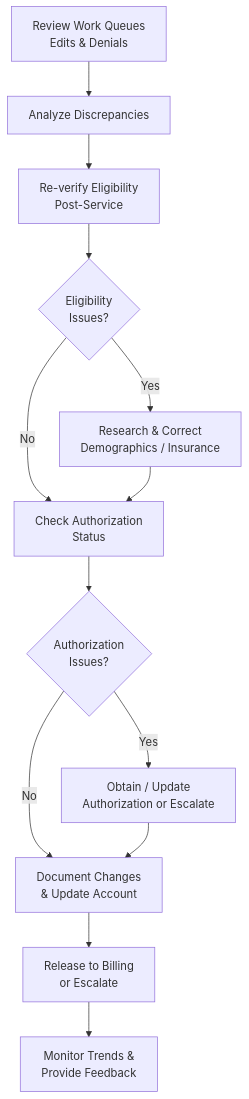
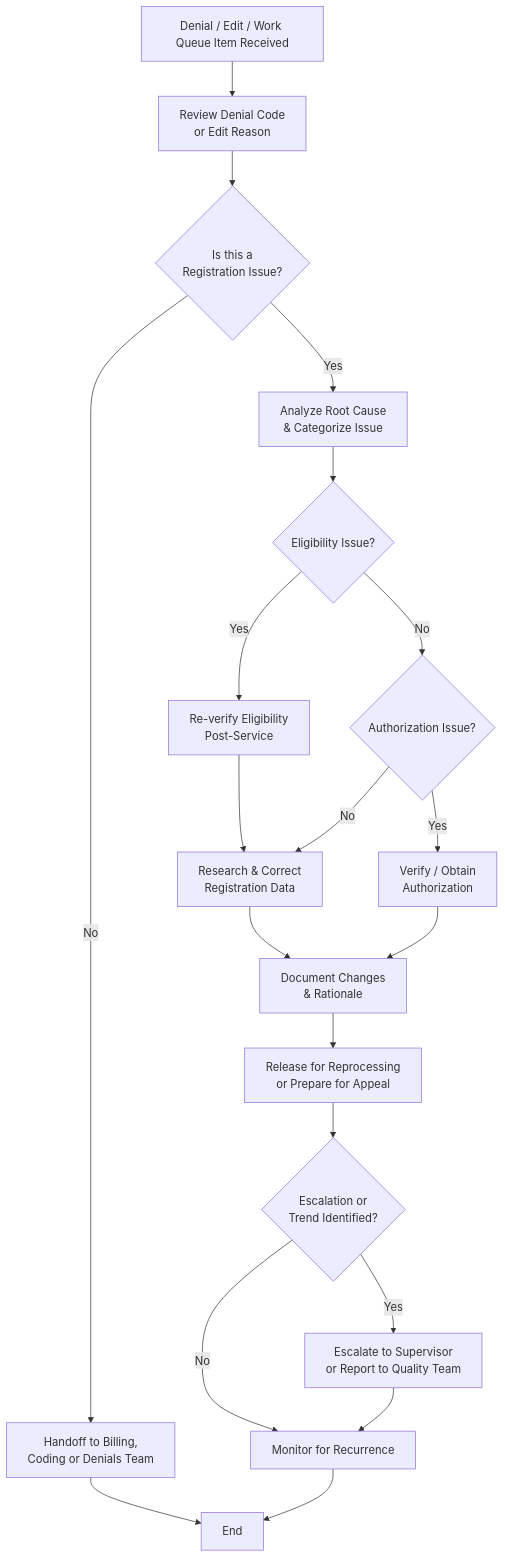
One commit to shainemeister/revenue-cycle-sop-and-workflow-framework changed the diagram in workflows/registration-workflow.md. Above: the diagram before and after it, drawn with Mermaid. The commit also changed other lines of this file, not shown here.

Commit message:
Update registration-workflow.md v1.2 - Refined Visual Process Flow to be more dynamic and realistic for A/R denial scenarios. Added triage decision point, root cause branches (eligibility vs authorization), escalation/trend loop, and updated overview/notes.

````diff
--- a/workflows/registration-workflow.md
+++ b/workflows/registration-workflow.md
@@ -18,15 +18,22 @@
 ```mermaid
 flowchart TD
-    A[Review Work Queues<br/>Edits & Denials] --> B[Analyze Discrepancies]
-    B --> C[Re-verify Eligibility<br/>Post-Service]
-    C --> D{Eligibility<br/>Issues?}
-    D -->|Yes| E[Research & Correct<br/>Demographics / Insurance]
-    D -->|No| F[Check Authorization<br/>Status]
-    E --> F
-    F --> G{Authorization<br/>Issues?}
-    G -->|Yes| H[Obtain / Update<br/>Authorization or Escalate]
-    G -->|No| I[Document Changes<br/>& Update Account]
-    H --> I
-    I --> J[Release to Billing<br/>or Escalate]
-    J --> K[Monitor Trends &<br/>Provide Feedback]
+    A[Denial / Edit / Work Queue Item Received] --> B[Review Denial Code<br/>or Edit Reason]
+    B --> C{Is this a<br/>Registration Issue?}
+    C -->|No| D[Handoff to Billing,<br/>Coding or Denials Team]
+    C -->|Yes| E[Analyze Root Cause<br/>& Categorize Issue]
+    E --> F{Eligibility Issue?}
+    F -->|Yes| G[Re-verify Eligibility<br/>Post-Service]
+    F -->|No| H{Authorization Issue?}
+    G --> I[Research & Correct<br/>Registration Data]
+    H -->|Yes| J[Verify / Obtain<br/>Authorization]
+    H -->|No| I
+    I --> K[Document Changes<br/>& Rationale]
+    J --> K
+    K --> L[Release for Reprocessing<br/>or Prepare for Appeal]
+    L --> M{Escalation or<br/>Trend Identified?}
+    M -->|Yes| N[Escalate to Supervisor<br/>or Report to Quality Team]
+    M -->|No| O[Monitor for Recurrence]
+    N --> O
+    D --> P[End]
+    O --> P
 ```
````
